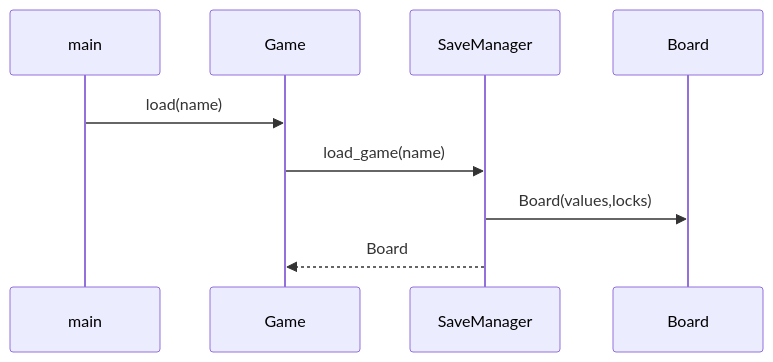
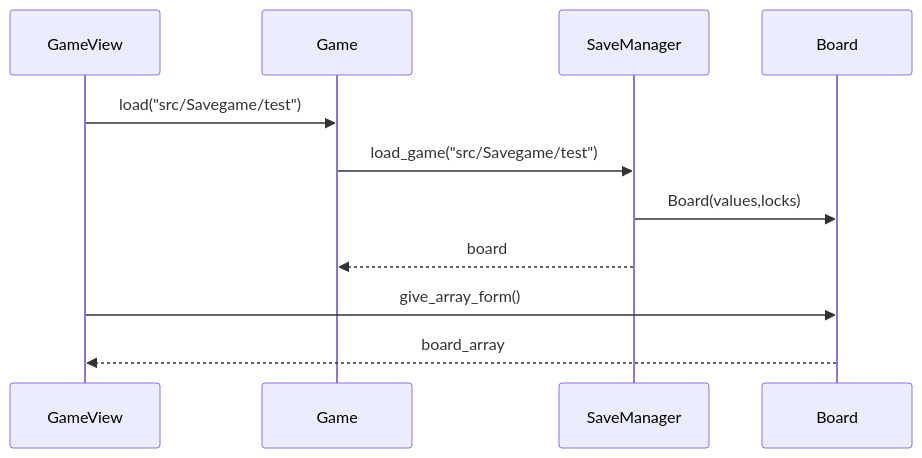
The fifth of 7 diagrams in dokumentaatio/arkkitehtuuri.md (Jhy9/ot-harjoitustyo), drawn with Mermaid before and after one commit. The commit also changed other lines of this file, not shown here.

````diff
--- a/dokumentaatio/arkkitehtuuri.md
+++ b/dokumentaatio/arkkitehtuuri.md
@@ -32,8 +64,11 @@
 ```mermaid
 sequenceDiagram
 
-main ->> Game: load(name)
-Game ->> SaveManager: load_game(name)
+GameView ->> Game: load("src/Savegame/test")
+Game ->> SaveManager: load_game("src/Savegame/test")
 SaveManager ->> Board : Board(values,locks)
-SaveManager -->> Game: Board
+SaveManager -->> Game: board
+GameView ->> Board: give_array_form()
+Board -->> GameView: board_array
+
 ```
````
